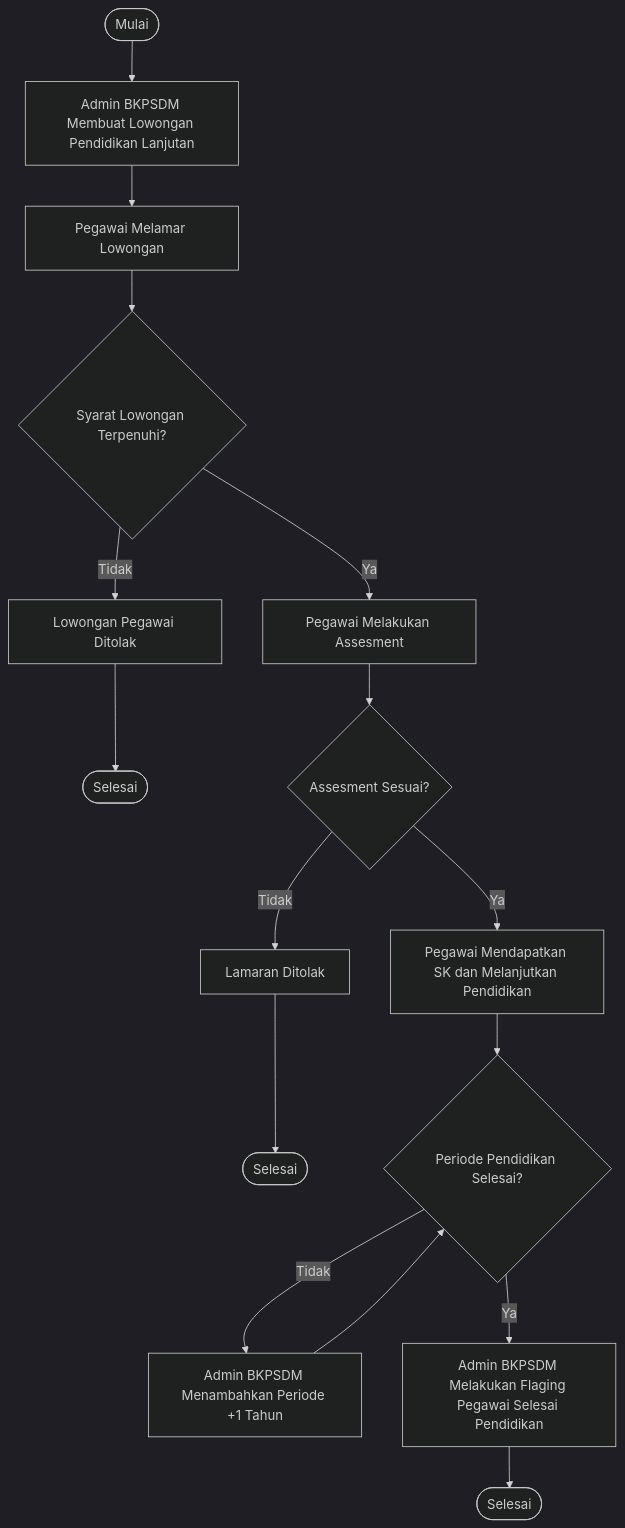
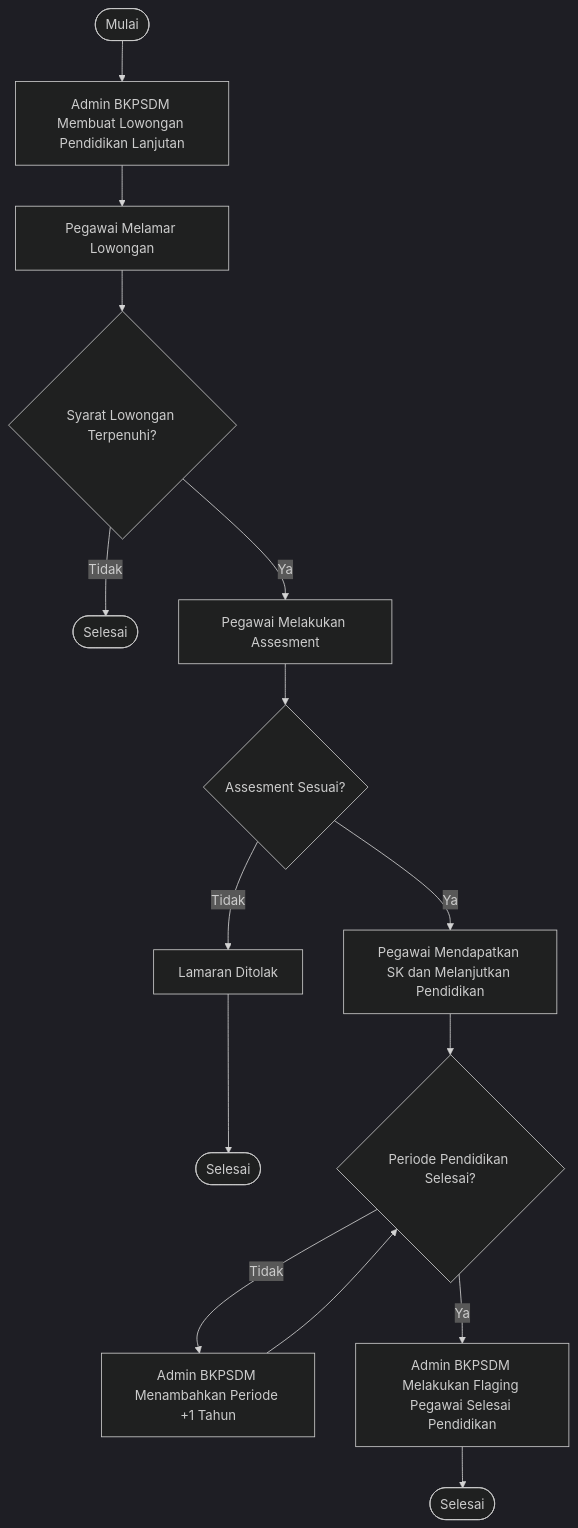
The diagram in docs/PendidikanLanjutan.md (pepypeppep/blc), drawn with Mermaid (dark theme) before and after one commit.

Commit message:
Update file PendidikanLanjutan.md

````diff
--- a/docs/PendidikanLanjutan.md
+++ b/docs/PendidikanLanjutan.md
@@ -1,15 +1,15 @@
 ```mermaid
 flowchart TD
     Start([Mulai]) --> A[Admin BKPSDM Membuat Lowongan Pendidikan Lanjutan]
     A --> B[Pegawai Melamar Lowongan]
     B --> C{Syarat Lowongan Terpenuhi?}
-    C -- Tidak --> D[Lowongan Pegawai Ditolak] --> End1([Selesai])
+    C -- Tidak --> End1([Selesai])
     C -- Ya --> E[Pegawai Melakukan Assesment]
     E --> F{Assesment Sesuai?}
     F -- Tidak --> G[Lamaran Ditolak] --> End2([Selesai])
     F -- Ya --> H[Pegawai Mendapatkan SK dan Melanjutkan Pendidikan]
     H --> I{Periode Pendidikan Selesai?}
     I -- Tidak --> J[Admin BKPSDM Menambahkan Periode +1 Tahun]
     J --> I
     I -- Ya --> K[Admin BKPSDM Melakukan Flaging Pegawai Selesai Pendidikan] --> End3([Selesai])
 ```
````
